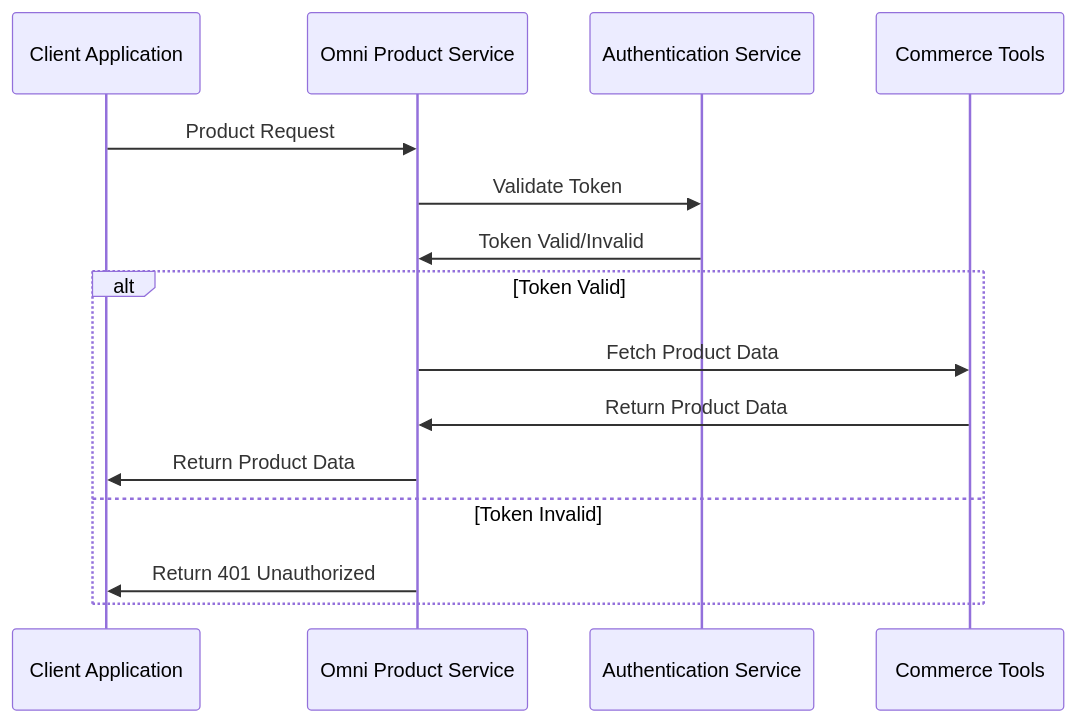
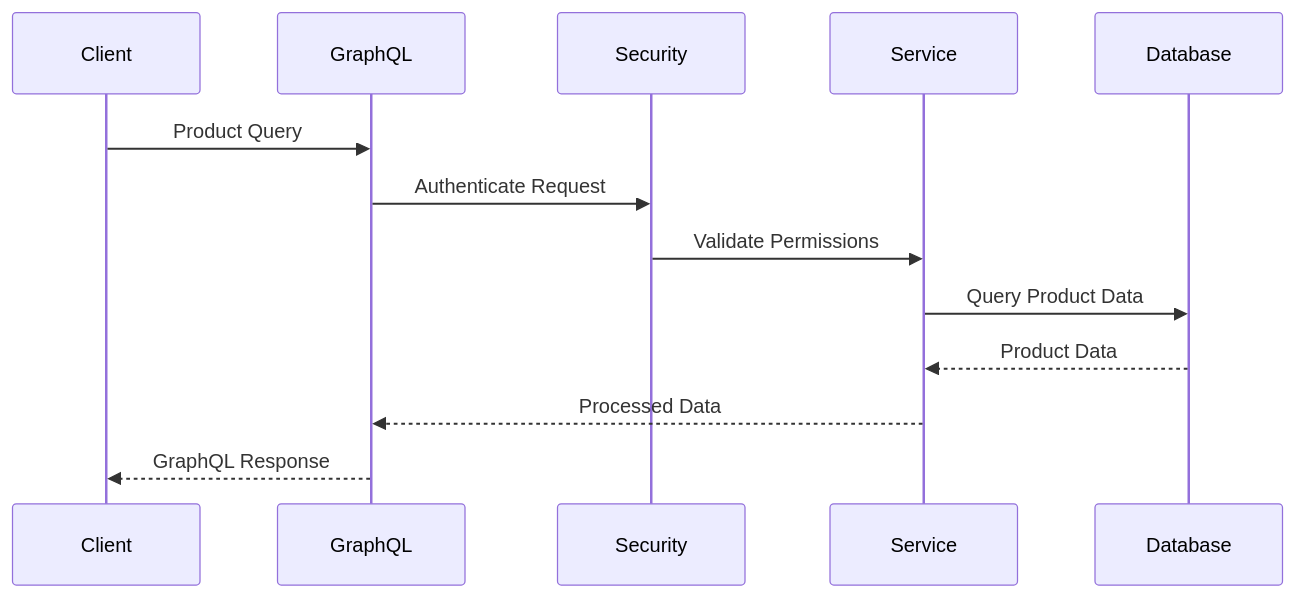
One commit to aahmadseph/SST-Phase-2 changed the first of 12 diagrams in generated-docs/omni-product-service-architecture.md. Above: the diagram before and after it, drawn with Mermaid. The commit also changed other lines of this file and 13 other files, not shown here.

````diff
--- a/generated-docs/omni-product-service-architecture.md
+++ b/generated-docs/omni-product-service-architecture.md
@@ -740,19 +190,16 @@
 ```mermaid
 sequenceDiagram
-    participant Client as Client Application
-    participant OmniProduct as Omni Product Service
-    participant Auth as Authentication Service
-    participant Commerce as Commerce Tools
+    participant Client
+    participant GraphQL
+    participant Security
+    participant Service
+    participant Database
     
-    Client->>OmniProduct: Product Request
-    OmniProduct->>Auth: Validate Token
-    Auth->>OmniProduct: Token Valid/Invalid
-    
-    alt Token Valid
-        OmniProduct->>Commerce: Fetch Product Data
-        Commerce->>OmniProduct: Return Product Data
-        OmniProduct->>Client: Return Product Data
-    else Token Invalid
-        OmniProduct->>Client: Return 401 Unauthorized
-    end
+    Client->>GraphQL: Product Query
+    GraphQL->>Security: Authenticate Request
+    Security->>Service: Validate Permissions
+    Service->>Database: Query Product Data
+    Database-->>Service: Product Data
+    Service-->>GraphQL: Processed Data
+    GraphQL-->>Client: GraphQL Response
 ```
````
